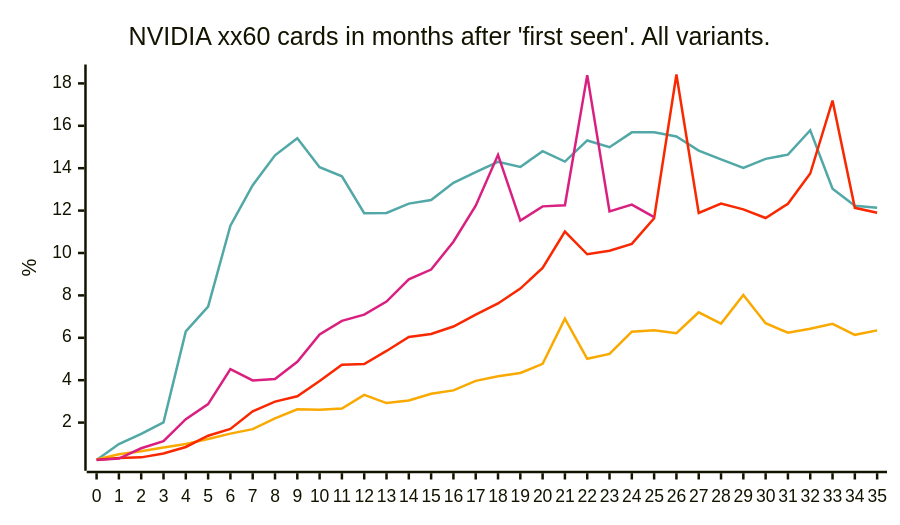
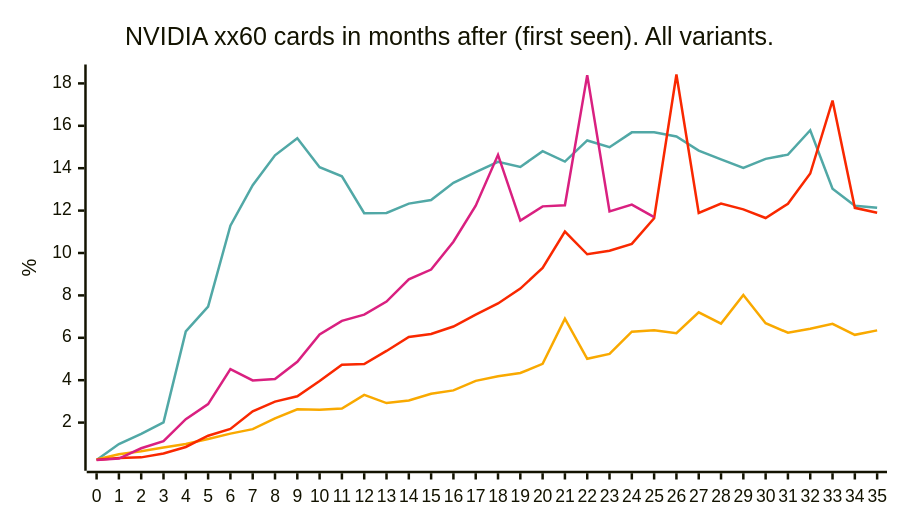
The fourth of 5 diagrams in README.md (jdegene/birch-mapping), drawn with Mermaid before and after one commit. The commit also changed other lines of this file, not shown here.

````diff
--- a/README.md
+++ b/README.md
@@ -96,24 +96,24 @@
 ```mermaid
 ---
 config:
     xyChart:
         width: 700
         height: 400
         
     themeVariables:
         xyChart:
             plotColorPalette: "#51a8a6,#f9a900,#f92800,#d92080,#8a52a6"
 
 --- 
 
 
 xychart-beta
-    title "NVIDIA xx60 cards in months after 'first seen'. All variants."
+    title "NVIDIA xx60 cards in months after (first seen). All variants."
     x-axis[0, 1, 2, 3, 4, 5, 6, 7, 8, 9, 10, 11, 12, 13, 14, 15, 16, 17, 18, 19, 20, 21, 22, 23, 24, 25, 26, 27, 28, 29, 30, 31, 32, 33, 34, 35]
     y-axis "%" 
     line [0.24, 0.9900000000000001, 1.47, 2.01, 6.3, 7.470000000000001, 11.29, 13.200000000000001, 14.610000000000001, 15.409999999999998, 14.05, 13.62, 11.88, 11.89, 12.33, 12.5, 13.309999999999999, 13.81, 14.299999999999999, 14.06, 14.799999999999999, 14.31, 15.310000000000002, 14.99, 15.690000000000001, 15.690000000000001, 15.5, 14.829999999999998, 14.42, 14.01, 14.44, 14.64, 15.790000000000001, 13.03, 12.23, 12.13]
     line [0.26, 0.51, 0.65, 0.8200000000000001, 0.9900000000000001, 1.23, 1.48, 1.6900000000000002, 2.1999999999999997, 2.63, 2.6, 2.66, 3.3099999999999996, 2.9200000000000004, 3.0400000000000005, 3.36, 3.52, 3.9699999999999998, 4.19, 4.34, 4.77, 6.9, 5.01, 5.24, 6.29, 6.35, 6.220000000000001, 7.199999999999999, 6.67, 8.020000000000001, 6.69, 6.24, 6.43, 6.659999999999999, 6.140000000000001, 6.35]
     line [0.25, 0.33, 0.36, 0.54, 0.8500000000000001, 1.38, 1.7000000000000002, 2.53, 2.9899999999999998, 3.2399999999999998, 3.9600000000000004, 4.7299999999999995, 4.760000000000001, 5.38, 6.039999999999999, 6.18, 6.529999999999999, 7.089999999999999, 7.62, 8.32, 9.3, 11.01, 9.94, 10.11, 10.43, 11.64, 18.42, 11.89, 12.33, 12.06, 11.649999999999999, 12.32, 13.750000000000002, 17.19, 12.129999999999999, 11.899999999999999]
     line [0.22999999999999998, 0.3, 0.79, 1.1199999999999999, 2.16, 2.87, 4.5200000000000005, 3.9900000000000007, 4.06, 4.87, 6.16, 6.800000000000001, 7.090000000000001, 7.71, 8.76, 9.22, 10.530000000000001, 12.229999999999999, 14.629999999999999, 11.530000000000001, 12.2, 12.25, 18.39, 11.959999999999999, 12.28, 11.690000000000001]
     line [0.2]
 ``` 
````
